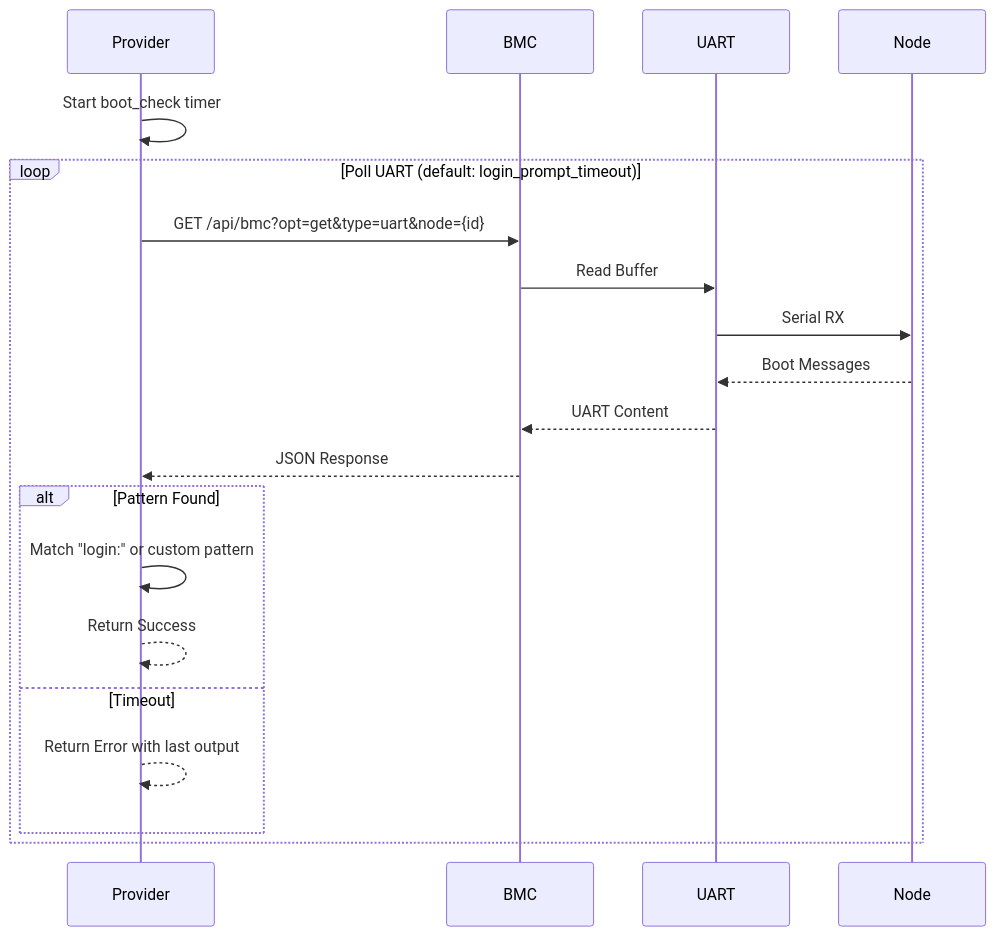
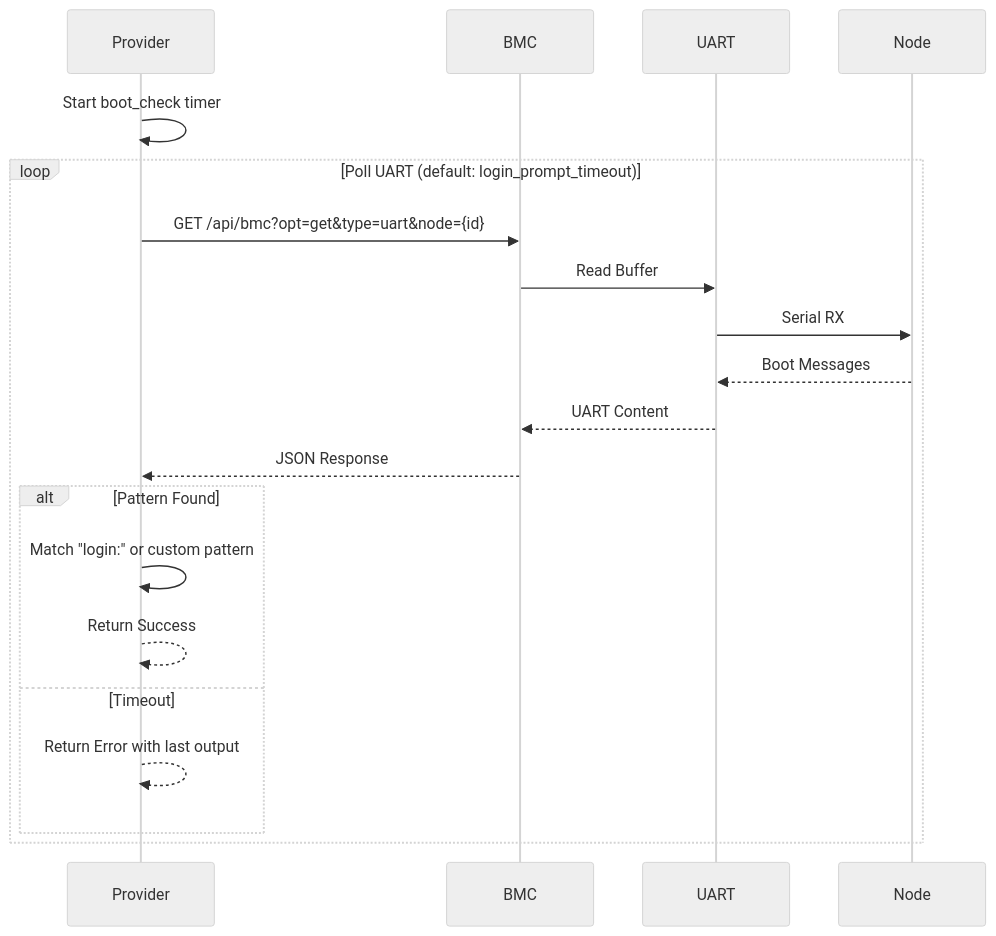
The eighth of 9 diagrams in docs/ARCHITECTURE.md (freed-dev-llc/terraform-provider-turingpi), drawn with Mermaid before and after one commit. The commit also changed other lines of this file, not shown here.

First line of the commit message:
docs(architecture): force mermaid neutral theme for contrast in both light/dark mode (#70)

````diff
--- a/docs/ARCHITECTURE.md
+++ b/docs/ARCHITECTURE.md
@@ -323,25 +330,26 @@
 ```mermaid
+%%{init: {'theme': 'neutral'}}%%
 sequenceDiagram
     participant Provider
     participant BMC
     participant UART
     participant Node
 
     Provider->>Provider: Start boot_check timer
 
     loop Poll UART (default: login_prompt_timeout)
         Provider->>BMC: GET /api/bmc?opt=get&type=uart&node={id}
         BMC->>UART: Read Buffer
         UART->>Node: Serial RX
         Node-->>UART: Boot Messages
         UART-->>BMC: UART Content
         BMC-->>Provider: JSON Response
 
         alt Pattern Found
             Provider->>Provider: Match "login:" or custom pattern
             Provider-->>Provider: Return Success
         else Timeout
             Provider-->>Provider: Return Error with last output
         end
     end
 ```
````
